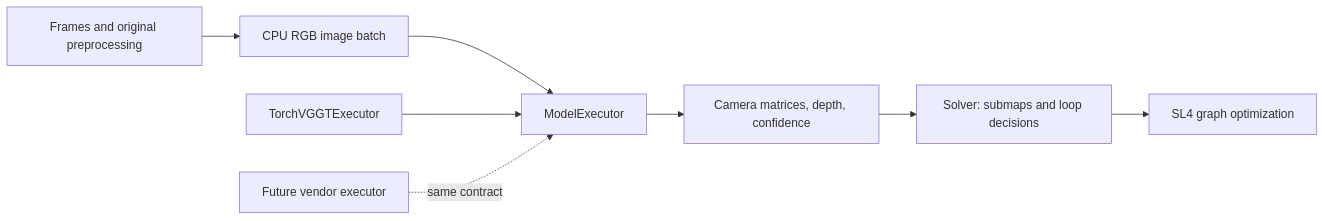
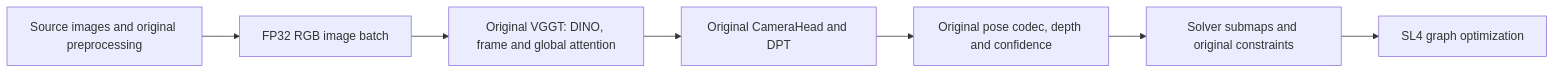
Before and after one commit to KaiFeng-Frank/Edge-VGGT-SLAM: the diagram in ARCHITECTURE.md, drawn with Mermaid. The commit also changed other lines of this file and 757 other files, not shown here.

Commit message:
Enforce original VGGT only and verify board execution

````diff
--- a/ARCHITECTURE.md
+++ b/ARCHITECTURE.md
@@ -5,10 +5,9 @@
 ```mermaid
 flowchart LR
-    A[Frames and original preprocessing] --> B[CPU RGB image batch]
-    B --> C[ModelExecutor]
-    C --> D[Camera matrices, depth, confidence]
-    D --> E[Solver: submaps and loop decisions]
-    E --> F[SL4 graph optimization]
-    T[TorchVGGTExecutor] --> C
-    N[Future vendor executor] -. same contract .-> C
+    A[Source images and original preprocessing] --> B[FP32 RGB image batch]
+    B --> C[Original VGGT: DINO, frame and global attention]
+    C --> D[Original CameraHead and DPT]
+    D --> E[Original pose codec, depth and confidence]
+    E --> F[Solver submaps and original constraints]
+    F --> G[SL4 graph optimization]
 ```
````
